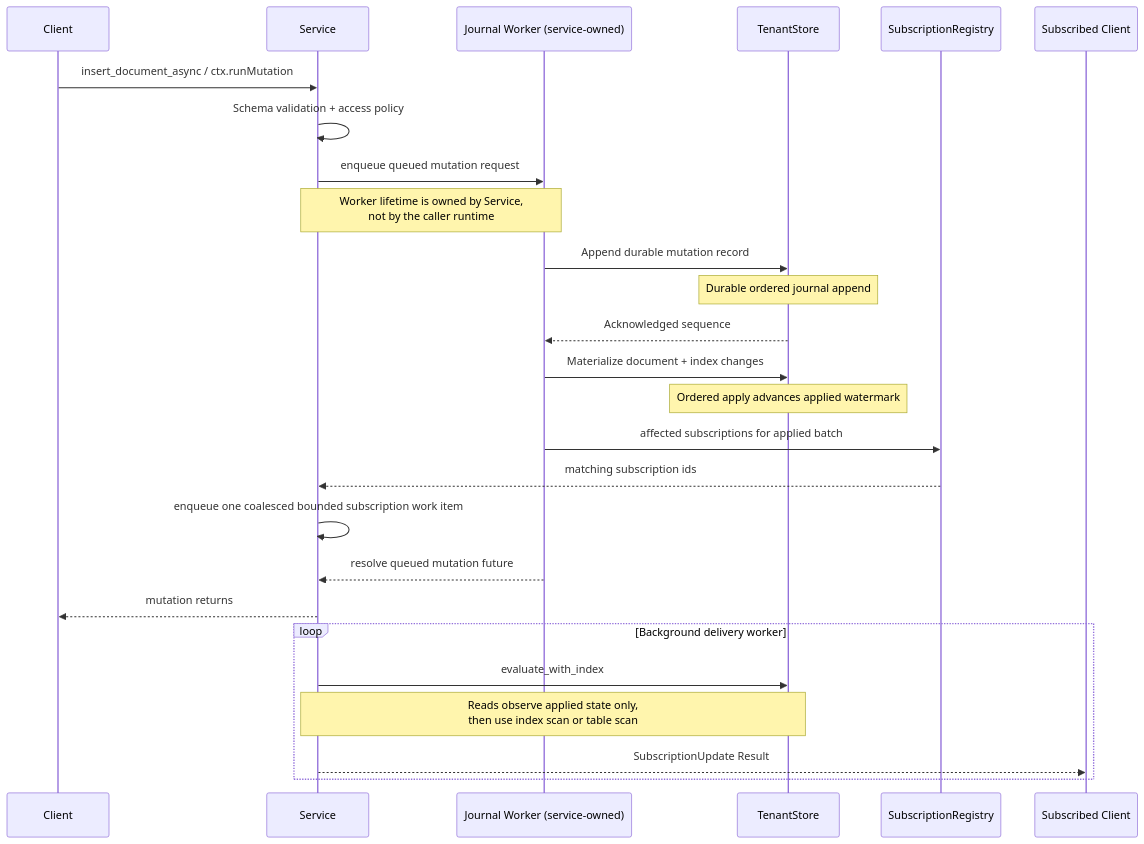
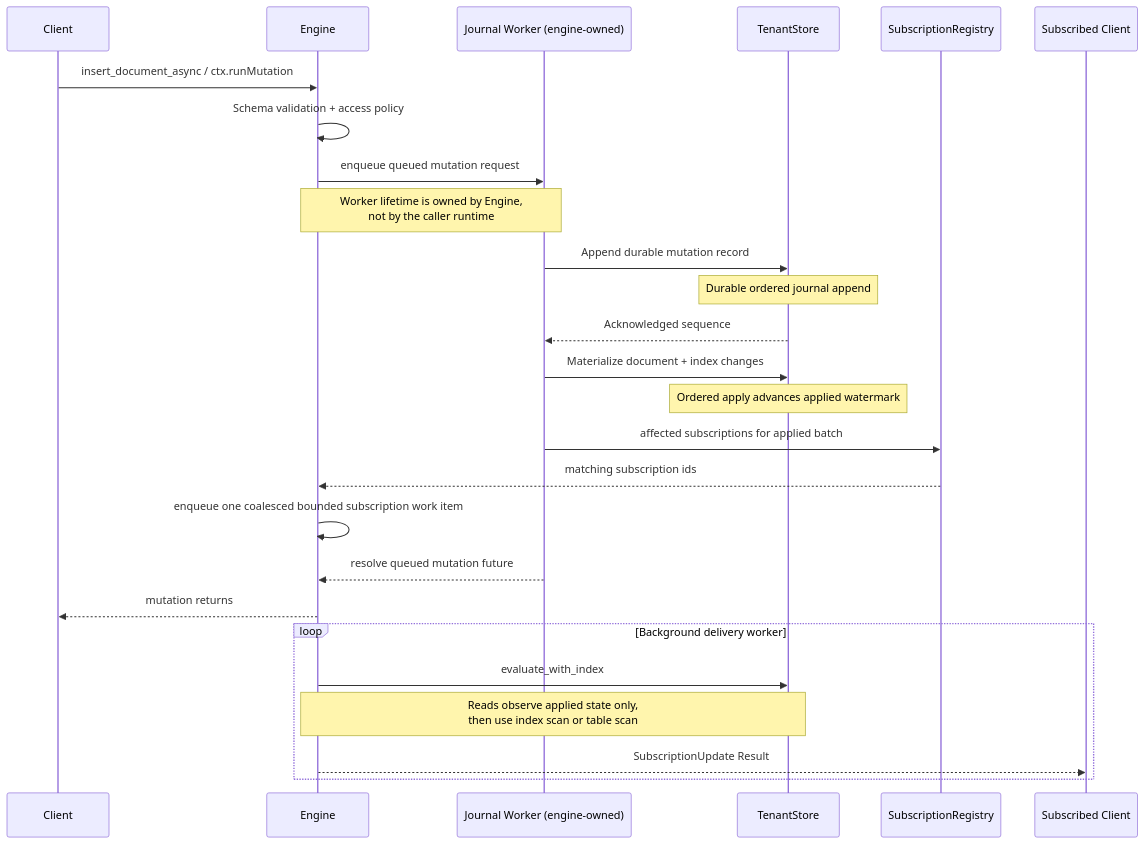
Before and after one commit to nimbus/nimbus: the fourth of 6 diagrams in ARCHITECTURE.md, drawn with Mermaid. The commit also changed other lines of this file and 622 other files, not shown here.

````diff
--- a/ARCHITECTURE.md
+++ b/ARCHITECTURE.md
@@ -1102,31 +1131,31 @@
 ```mermaid
 sequenceDiagram
     participant C as Client
-    participant Svc as Service
-    participant JW as Journal Worker (service-owned)
+    participant Eng as Engine
+    participant JW as Journal Worker (engine-owned)
     participant St as TenantStore
     participant Sub as SubscriptionRegistry
     participant WS as Subscribed Client
 
-    C->>Svc: insert_document_async / ctx.runMutation
-    Svc->>Svc: Schema validation + access policy
-    Svc->>JW: enqueue queued mutation request
-    Note over Svc,JW: Worker lifetime is owned by Service,<br/>not by the caller runtime
+    C->>Eng: insert_document_async / ctx.runMutation
+    Eng->>Eng: Schema validation + access policy
+    Eng->>JW: enqueue queued mutation request
+    Note over Eng,JW: Worker lifetime is owned by Engine,<br/>not by the caller runtime
     JW->>St: Append durable mutation record
     Note over St: Durable ordered journal append
     St-->>JW: Acknowledged sequence
 
     JW->>St: Materialize document + index changes
     Note over St: Ordered apply advances applied watermark
     JW->>Sub: affected subscriptions for applied batch
-    Sub-->>Svc: matching subscription ids
-    Svc->>Svc: enqueue one coalesced bounded subscription work item
-    JW-->>Svc: resolve queued mutation future
-    Svc-->>C: mutation returns
+    Sub-->>Eng: matching subscription ids
+    Eng->>Eng: enqueue one coalesced bounded subscription work item
+    JW-->>Eng: resolve queued mutation future
+    Eng-->>C: mutation returns
 
     loop Background delivery worker
-        Svc->>St: evaluate_with_index
-        Note over Svc,St: Reads observe applied state only,<br/>then use index scan or table scan
-        Svc-->>WS: SubscriptionUpdate Result
+        Eng->>St: evaluate_with_index
+        Note over Eng,St: Reads observe applied state only,<br/>then use index scan or table scan
+        Eng-->>WS: SubscriptionUpdate Result
     end
 ```
````
